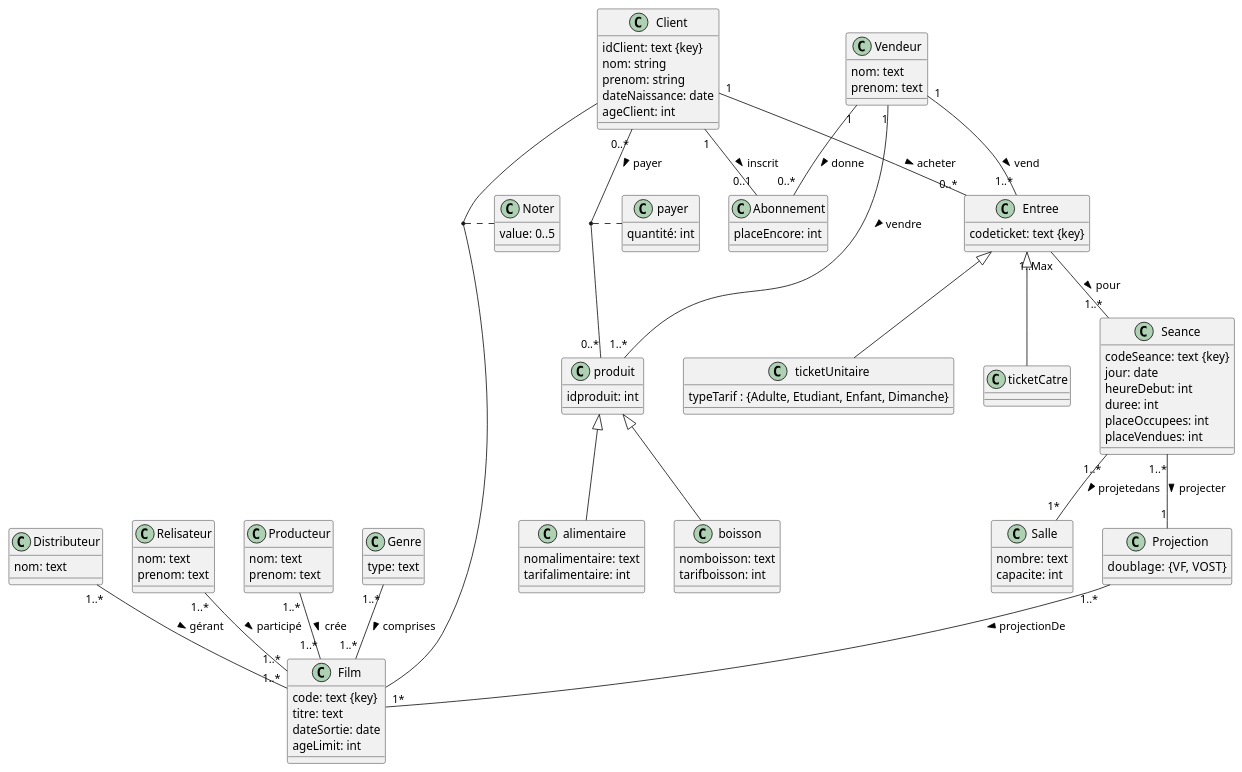
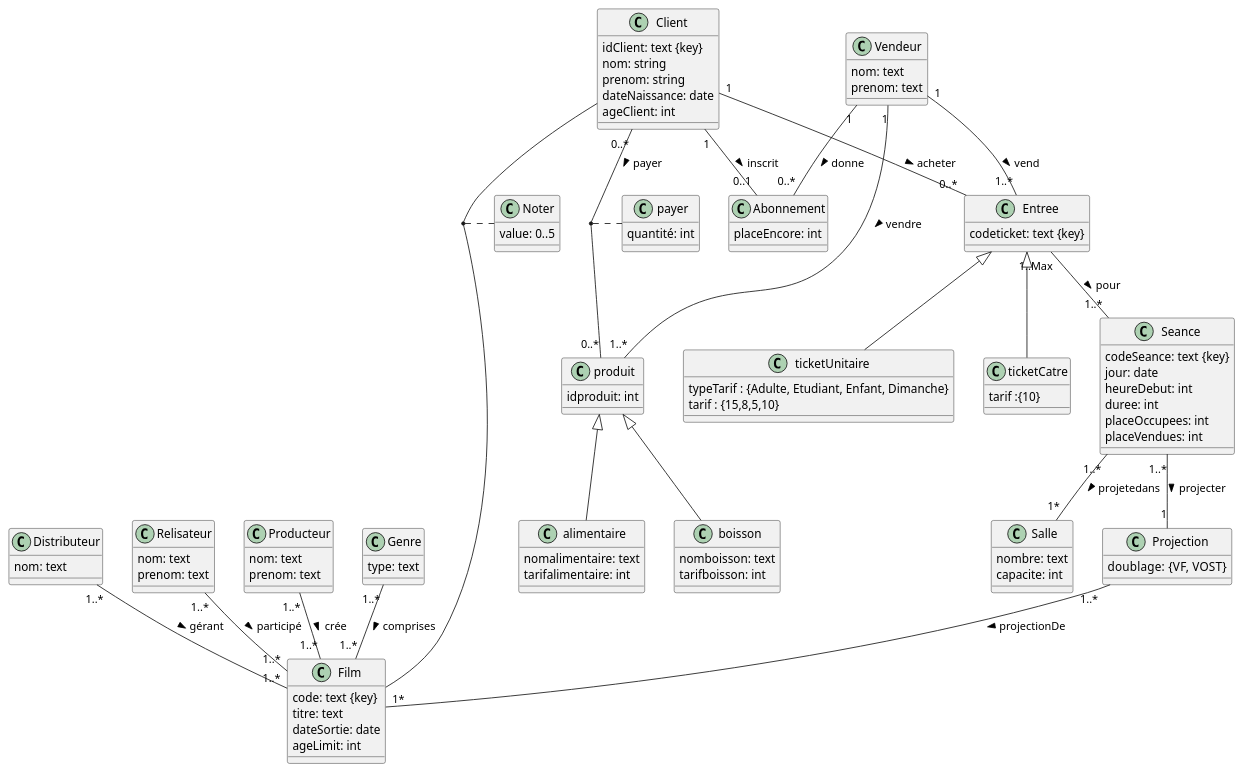
Before and after one commit to hoxuanvinh1999/NF17_Complexe_Cinematographique: the diagram in MCDProjet2.plantuml, drawn with PlantUML.

```diff
--- a/MCDProjet2.plantuml
+++ b/MCDProjet2.plantuml
@@ -1,122 +1,124 @@
   @startuml
   class Film{
      code: text {key}
      titre: text
      dateSortie: date
      ageLimit: int
     }
     class Distributeur{
      nom: text
     }
     class Relisateur{
      nom: text
      prenom: text
     }
     class Producteur{
      nom: text
      prenom: text
     }
     class Genre{
      type: text
     }
      Distributeur "1..*" -- "1..*" Film : gérant >
      Relisateur "1..*" -- "1..*" Film : participé >
      Producteur "1..*" -- "1..*" Film : crée >
      Genre "1..*" -- "1..*" Film : comprises >
 
 
 
 
     class Seance{
      codeSeance: text {key}
      jour: date
      heureDebut: int
      duree: int
      placeOccupees: int
      placeVendues: int
     }
 
     class Vendeur{
       nom: text
       prenom: text
     }
 
     class produit{
     idproduit: int
     }
 
     class boisson {
     nomboisson: text
     tarifboisson: int
     }
 
     class alimentaire{
     nomalimentaire: text
     tarifalimentaire: int
     }
 
 
     class Projection{
      doublage:  {VF, VOST}
     }
 
     class Salle{
       nombre: text
       capacite: int
     }
 
     Seance "1..*" -- "1*" Salle :  projetedans >
     Vendeur "1" -- "1..*" Entree : vend >
     Vendeur "1" -- "1..*" produit : vendre >
     Vendeur "1" -- "0..*" Abonnement: donne >
     produit <|-- boisson
     produit <|-- alimentaire
 
 
 
     class Client{
      idClient: text {key}
      nom: string
      prenom: string
      dateNaissance: date
      ageClient: int
     }
     class Noter{
      value: 0..5
     }
 
     class Entree{
      codeticket: text {key}
     }
 
     class ticketUnitaire{
       typeTarif : {Adulte, Etudiant, Enfant, Dimanche}
+      tarif : {15,8,5,10}
     }
     class ticketCatre{
+     tarif :{10}
     }
 
     class Abonnement {
      placeEncore: int
     }
 
     class payer{
     quantité: int
     }
 
 
 
     (Client, Film) .. Noter
 
     Seance "1..*" -- "1" Projection : projecter >
     Projection "1..*" -- "1*" Film : projectionDe >
 
     Client "1" -- "0..*" Entree : acheter >
     Client "0..*" -- "0..*" produit: payer >
     Entree "1..Max" -- "1..*" Seance : pour >
     (Client, produit)..payer
 
     Entree <|-- ticketCatre
     Entree <|-- ticketUnitaire
 
     Client "1" -- "0..1" Abonnement : inscrit >
   @enduml
```
